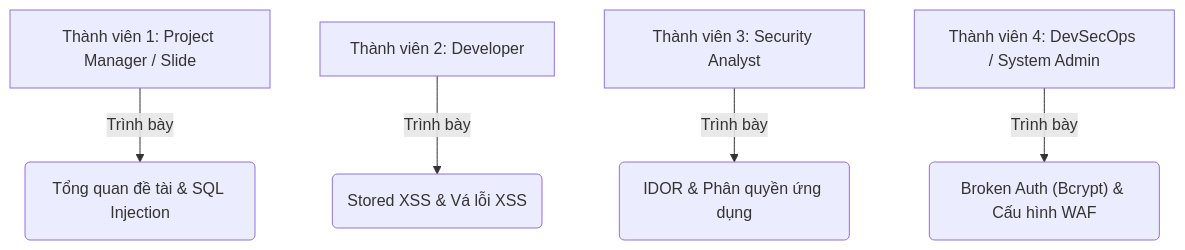
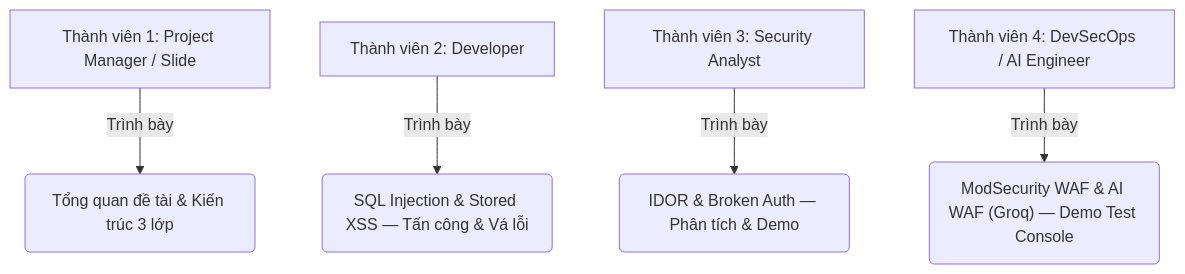
Before and after one commit to NguyenTrungHieu-23013003/BMUDVHT: the diagram in docs/danh_gia_va_phan_bien.md, drawn with Mermaid. The commit also changed other lines of this file, not shown here.

Commit message:
docs: cập nhật đánh giá & phản biện — bổ sung AI WAF, câu hỏi Groq LLM, phân công 3 lớp phòng thủ

````diff
--- a/docs/danh_gia_va_phan_bien.md
+++ b/docs/danh_gia_va_phan_bien.md
@@ -32,7 +42,7 @@
 ```mermaid
 graph TD
-    A["Thành viên 1: Project Manager / Slide"] -->|Trình bày| B("Tổng quan đề tài & SQL Injection")
-    C["Thành viên 2: Developer"] -->|Trình bày| D("Stored XSS & Vá lỗi XSS")
-    E["Thành viên 3: Security Analyst"] -->|Trình bày| F("IDOR & Phân quyền ứng dụng")
-    G["Thành viên 4: DevSecOps / System Admin"] -->|Trình bày| H("Broken Auth (Bcrypt) & Cấu hình WAF")
+    A["Thành viên 1: Project Manager / Slide"] -->|Trình bày| B("Tổng quan đề tài & Kiến trúc 3 lớp")
+    C["Thành viên 2: Developer"] -->|Trình bày| D("SQL Injection & Stored XSS — Tấn công & Vá lỗi")
+    E["Thành viên 3: Security Analyst"] -->|Trình bày| F("IDOR & Broken Auth — Phân tích & Demo")
+    G["Thành viên 4: DevSecOps / AI Engineer"] -->|Trình bày| H("ModSecurity WAF & AI WAF (Groq) — Demo Test Console")
 ```
````
